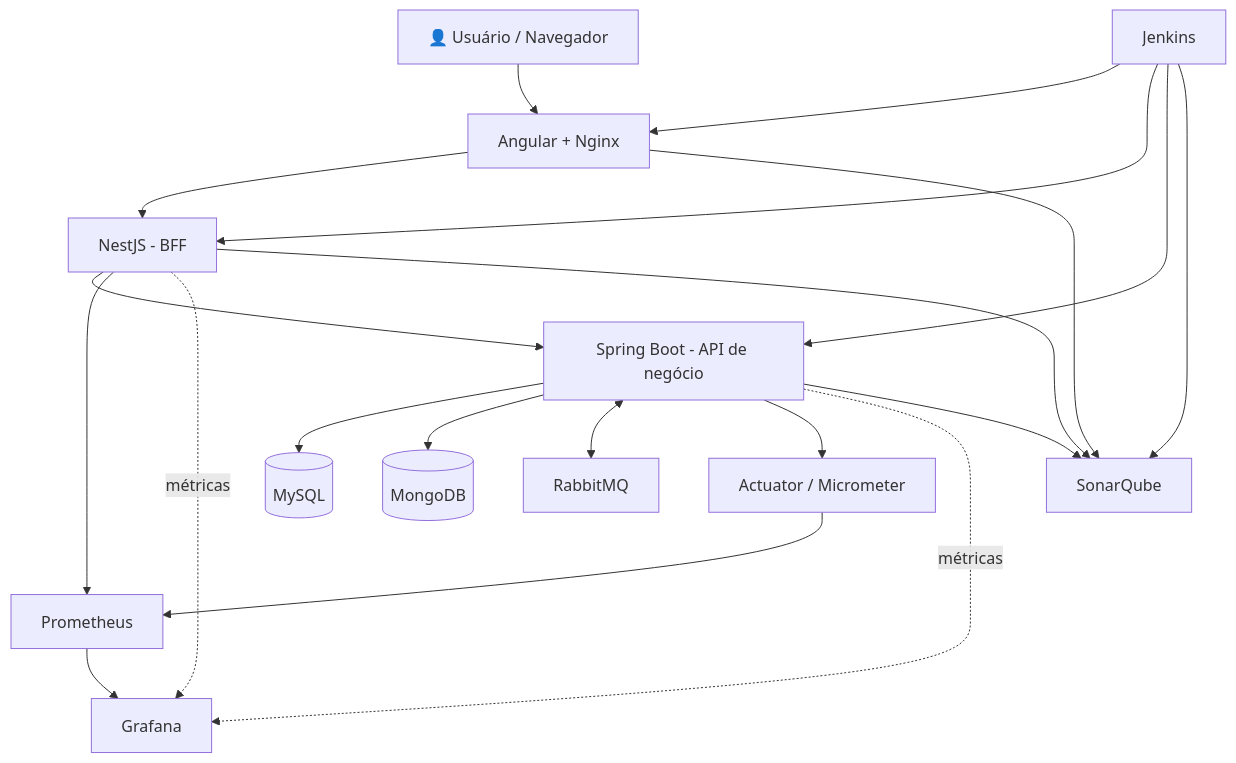
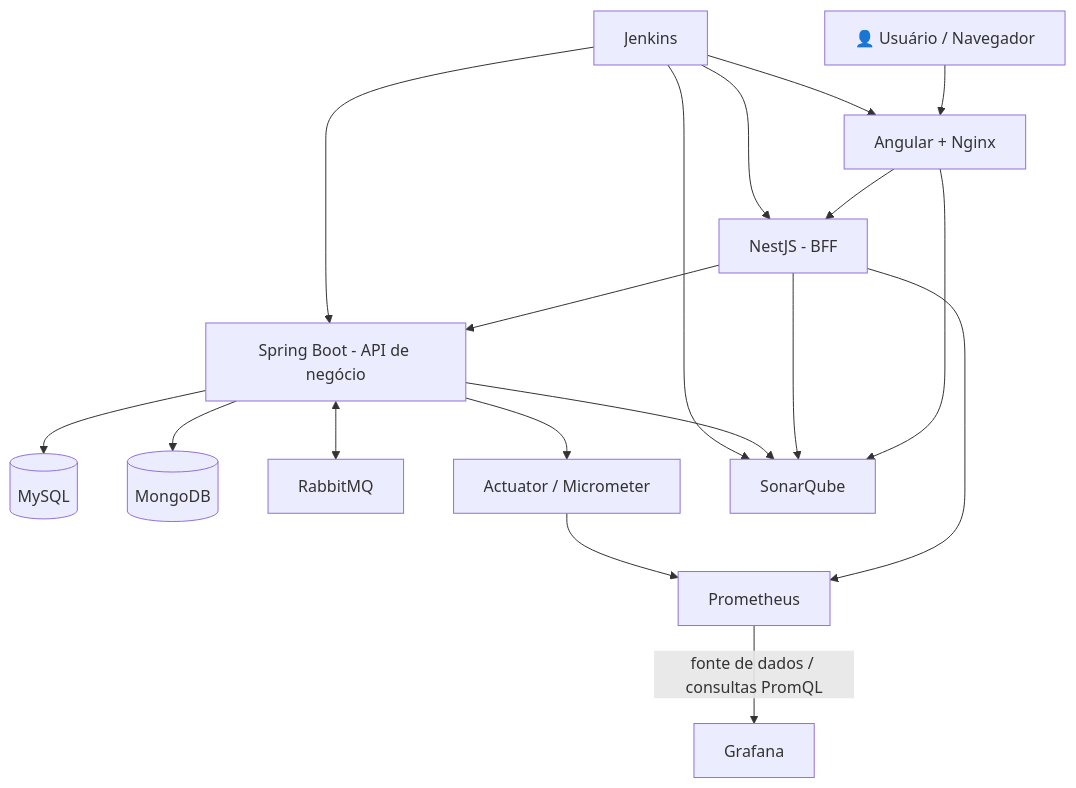
Before and after one commit to KalleoLeandro/sistema-gerencial-fullstack: the diagram in README.md, drawn with Mermaid. The commit also changed other lines of this file, not shown here.

````diff
--- a/README.md
+++ b/README.md
@@ -64,25 +64,23 @@
 ```mermaid
 flowchart TB
     U[👤 Usuário / Navegador] --> FE[Angular + Nginx]
     FE --> BFF[NestJS - BFF]
     BFF --> API[Spring Boot - API de negócio]
 
     API --> SQL[(MySQL)]
     API --> MONGO[(MongoDB)]
     API <--> MQ[RabbitMQ]
 
     API --> MET[Actuator / Micrometer]
     BFF --> PROM[Prometheus]
     MET --> PROM
-    PROM --> GRAF[Grafana]
-    API -. métricas .-> GRAF
-    BFF -. métricas .-> GRAF
+    PROM -->|fonte de dados / consultas PromQL| GRAF[Grafana]
 
     JENKINS[Jenkins] --> FE
     JENKINS --> BFF
     JENKINS --> API
     FE --> SONAR[SonarQube]
     BFF --> SONAR
     API --> SONAR
     JENKINS --> SONAR
 ```
````
